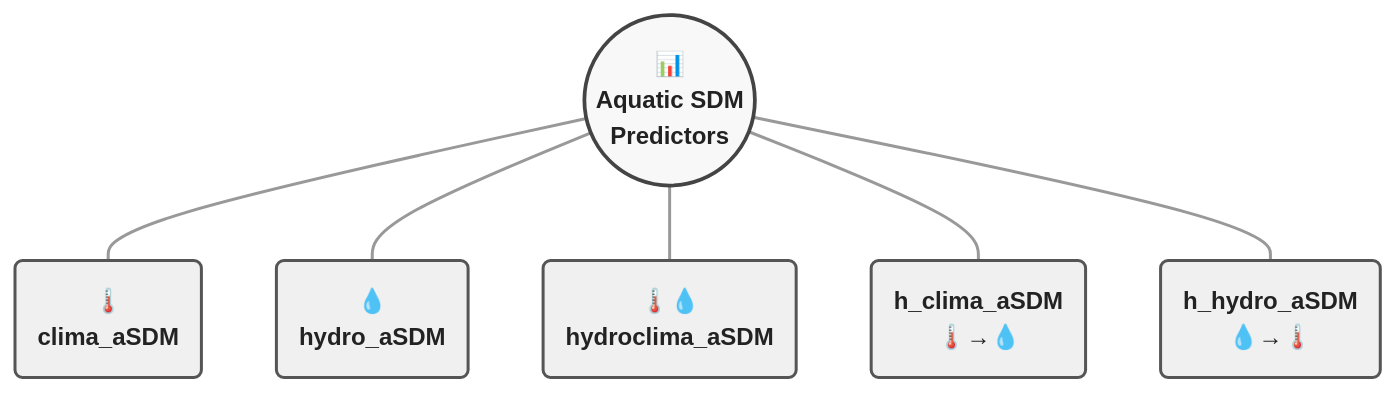
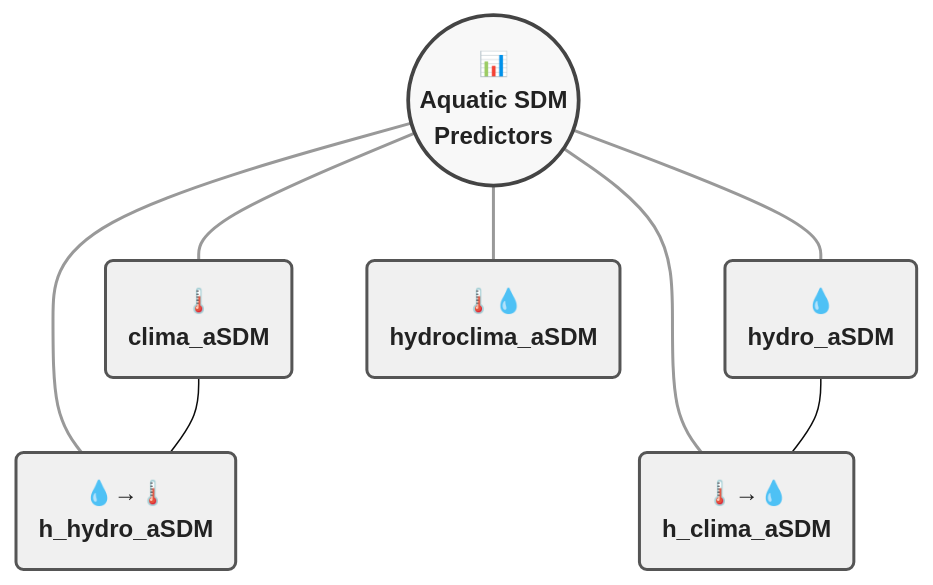
Before and after one commit to Vagenas7119/aSDMs: the diagram in README.md, drawn with Mermaid. The commit also changed other lines of this file, not shown here.

````diff
--- a/README.md
+++ b/README.md
@@ -96,28 +96,30 @@
 ```mermaid
 %%{init: {'theme': 'base', 'themeVariables': { 
     'fontFamily': 'Arial',
     'primaryColor': '#f5f5f5',
     'primaryBorderColor': '#666',
     'primaryTextColor': '#222',
     'nodeTextMargin': 8
 }, 'config': {'fontSize': 14}}}%%
 flowchart TD
     A(("<b>📊<br/>Aquatic SDM<br/>Predictors</b>")):::centerNode
     B("<b>🌡️<br/>clima_aSDM</b>"):::outerNode
     C("<b>💧<br/>hydro_aSDM</b>"):::outerNode 
     D("<b>🌡️💧<br/>hydroclima_aSDM</b>"):::outerNode
-    E("<b>h_clima_aSDM<br/>🌡️→💧</b>"):::outerNode
-    F("<b>h_hydro_aSDM<br/>💧→🌡️</b>"):::outerNode
+    E("<b>🌡️→💧<br/>h_clima_aSDM</b>"):::outerNode
+    F("<b>💧→🌡️<br/>h_hydro_aSDM</b>"):::outerNode
 
     A --- B
     A --- C
     A --- D
     A --- E
     A --- F
+    B --- F
+    C --- E
 
     classDef centerNode stroke:#444,stroke-width:2.5px,fill:#f8f8f8
     classDef outerNode stroke:#555,stroke-width:2px,fill:#f0f0f0
     
     %% Radial layout adjustments
     linkStyle 0,1,2,3,4 stroke:#999,stroke-width:2px
 ```
````
